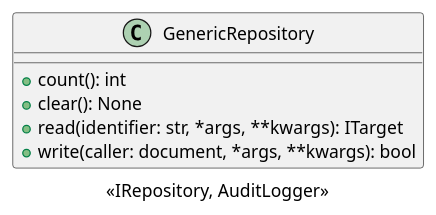
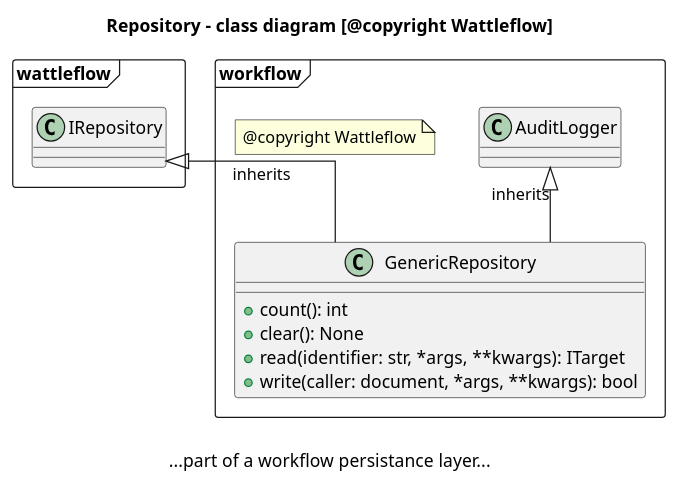
The diagram in doc/uml/repository.puml (wattleflow/workflow), drawn with PlantUML before and after one commit. The commit also changed 9 other files, not shown here.

```diff
--- a/doc/uml/repository.puml
+++ b/doc/uml/repository.puml
@@ -1,13 +1,27 @@
 @startuml
+
+title Repository - class diagram [@copyright Wattleflow]
+caption \n...part of a workflow persistance layer...
+
 skinparam linetype ortho
 !pragma teoz true
 
-class GenericRepository {
-  + count(): int
-  + clear(): None
-  + read(identifier: str, *args, **kwargs): ITarget
-  + write(caller: document, *args, **kwargs): bool
+frame wattleflow {
+  class IRepository
 }
 
-caption "<<IRepository, AuditLogger>>"
+frame workflow {
+  class AuditLogger
+  class GenericRepository {
+    + count(): int
+    + clear(): None
+    + read(identifier: str, *args, **kwargs): ITarget
+    + write(caller: document, *args, **kwargs): bool
+  }
+  note "@copyright Wattleflow" as N1
+}
+
+IRepository <|-- GenericRepository: inherits
+AuditLogger <|-- GenericRepository: inherits
+
 @enduml
```
